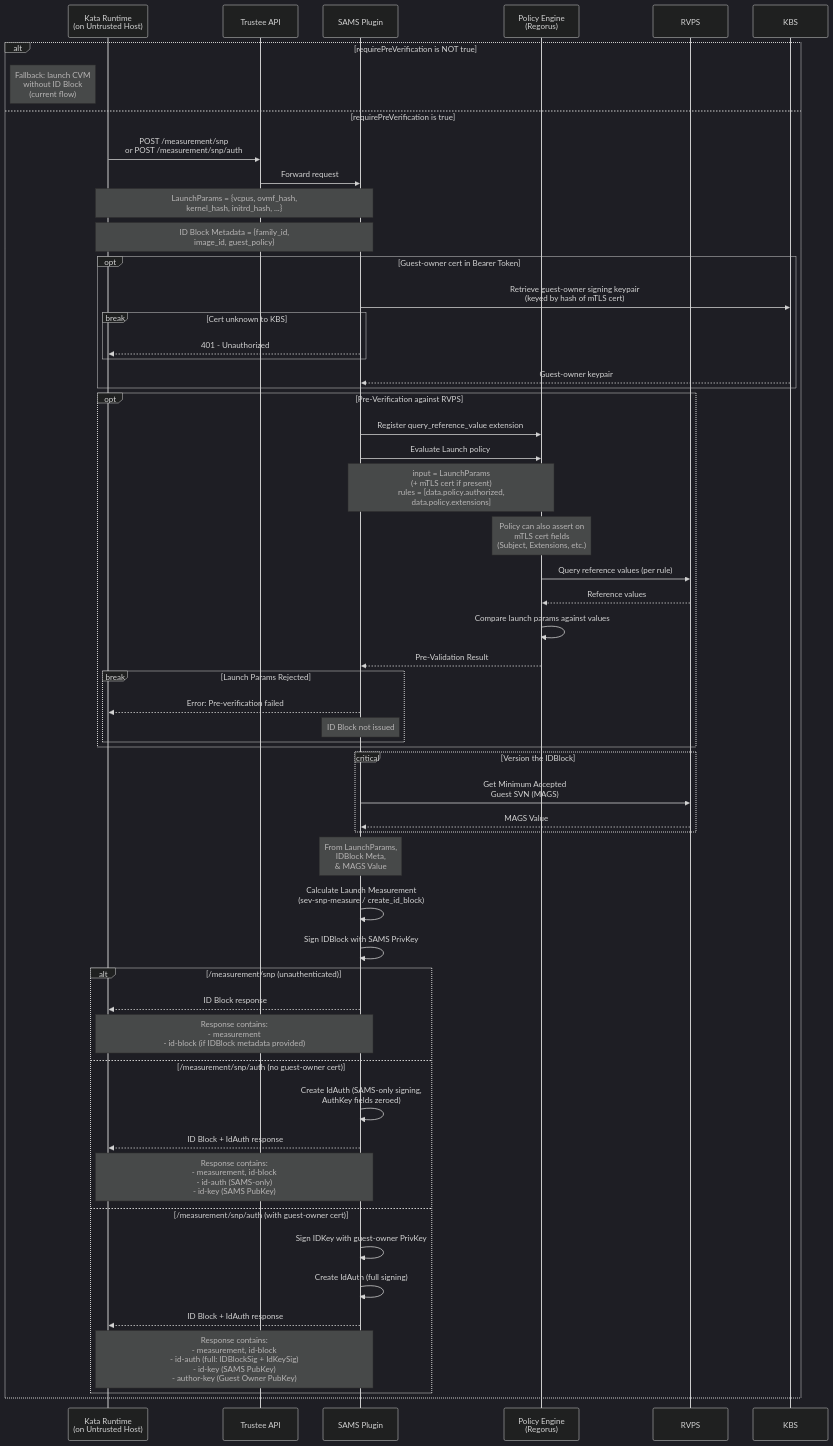
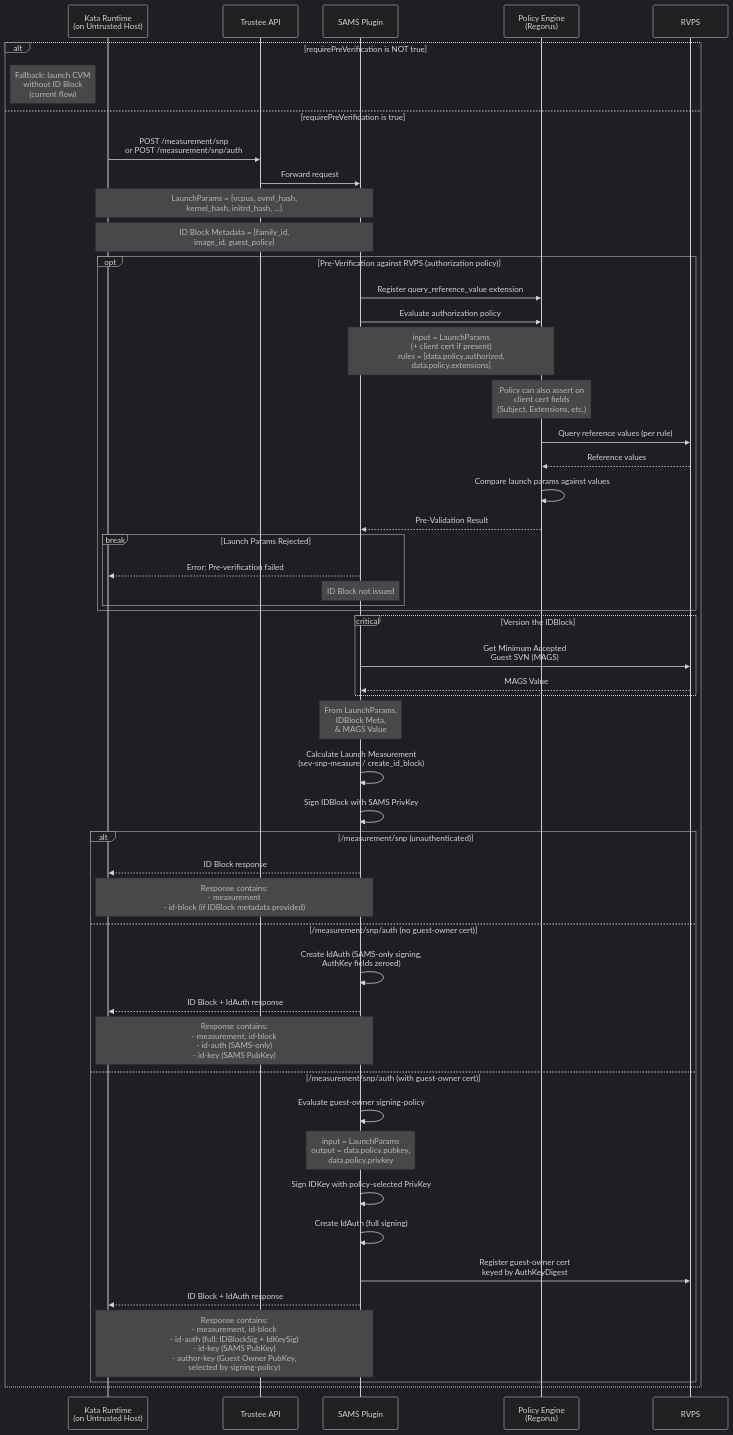
Before and after one commit to amd-cmaxwell/trustee: the second of 6 diagrams in kbs/src/plugins/implementations/sams/README.md, drawn with Mermaid (dark theme). The commit also changed other lines of this file and 9 other files, not shown here.

First line of the commit message:
kbs: replace static guest-owner keypairs with signing-policies

````diff
--- a/kbs/src/plugins/implementations/sams/README.md
+++ b/kbs/src/plugins/implementations/sams/README.md
@@ -185,64 +229,58 @@
 ```mermaid
 sequenceDiagram
     participant kata_runtime as Kata Runtime<br>(on Untrusted Host)
     participant api as Trustee API
     participant sams as SAMS Plugin
     participant policy_engine as Policy Engine<br>(Regorus)
     participant rvps as RVPS
-    participant kbs as KBS
 
     alt requirePreVerification is NOT true
         note left of kata_runtime: Fallback: launch CVM<br>without ID Block<br>(current flow)
     else requirePreVerification is true
         kata_runtime ->> api: POST /measurement/snp<br>or POST /measurement/snp/auth
         api ->> sams: Forward request
 
         note over kata_runtime, sams: LaunchParams = {vcpus, ovmf_hash,<br>kernel_hash, initrd_hash, ...}
         note over kata_runtime, sams: ID Block Metadata = {family_id,<br>image_id, guest_policy}
 
-        opt Guest-owner cert in Bearer Token
-            sams ->> kbs: Retrieve guest-owner signing keypair<br>(keyed by hash of mTLS cert)
-            break Cert unknown to KBS
-                sams -->> kata_runtime: 401 - Unauthorized
-            end
-            kbs -->> sams: Guest-owner keypair
-        end
-
-        opt Pre-Verification against RVPS
+        opt Pre-Verification against RVPS (authorization policy)
             sams ->> policy_engine: Register query_reference_value extension
-            sams ->> policy_engine: Evaluate Launch policy
-            note over sams, policy_engine: input = LaunchParams<br>(+ mTLS cert if present)<br>rules = [data.policy.authorized,<br>data.policy.extensions]
-            note over policy_engine: Policy can also assert on<br>mTLS cert fields<br>(Subject, Extensions, etc.)
+            sams ->> policy_engine: Evaluate authorization policy
+            note over sams, policy_engine: input = LaunchParams<br>(+ client cert if present)<br>rules = [data.policy.authorized,<br>data.policy.extensions]
+            note over policy_engine: Policy can also assert on<br>client cert fields<br>(Subject, Extensions, etc.)
             policy_engine ->> rvps: Query reference values (per rule)
             rvps -->> policy_engine: Reference values
             policy_engine ->> policy_engine: Compare launch params against values
             policy_engine -->> sams: Pre-Validation Result
             break Launch Params Rejected
                 sams -->> kata_runtime: Error: Pre-verification failed
                 note over sams: ID Block not issued
             end
         end
 
         critical Version the IDBlock
             sams ->> rvps: Get Minimum Accepted <br>Guest SVN (MAGS)
             rvps -->> sams: MAGS Value
         end
         note over sams: From LaunchParams,<br> IDBlock Meta,<br> & MAGS Value
         sams ->> sams: Calculate Launch Measurement<br>(sev-snp-measure / create_id_block)
         sams ->> sams: Sign IDBlock with SAMS PrivKey
 
         alt /measurement/snp (unauthenticated)
             sams -->> kata_runtime: ID Block response
             note over sams, kata_runtime: Response contains:<br>- measurement<br>- id-block (if IDBlock metadata provided)
         else /measurement/snp/auth (no guest-owner cert)
             sams ->> sams: Create IdAuth (SAMS-only signing,<br>AuthKey fields zeroed)
             sams -->> kata_runtime: ID Block + IdAuth response
             note over sams, kata_runtime: Response contains:<br>- measurement, id-block<br>- id-auth (SAMS-only)<br>- id-key (SAMS PubKey)
         else /measurement/snp/auth (with guest-owner cert)
-            sams ->> sams: Sign IDKey with guest-owner PrivKey
+            sams ->> sams: Evaluate guest-owner signing-policy
+            note over sams: input = LaunchParams<br>output = data.policy.pubkey,<br>data.policy.privkey
+            sams ->> sams: Sign IDKey with policy-selected PrivKey
             sams ->> sams: Create IdAuth (full signing)
+            sams ->> rvps: Register guest-owner cert<br>keyed by AuthKeyDigest
             sams -->> kata_runtime: ID Block + IdAuth response
-            note over sams, kata_runtime: Response contains:<br>- measurement, id-block<br>- id-auth (full: IDBlockSig + IdKeySig)<br>- id-key (SAMS PubKey)<br>- author-key (Guest Owner PubKey)
+            note over sams, kata_runtime: Response contains:<br>- measurement, id-block<br>- id-auth (full: IDBlockSig + IdKeySig)<br>- id-key (SAMS PubKey)<br>- author-key (Guest Owner PubKey,<br>  selected by signing-policy)
         end
     end
 ```
````
